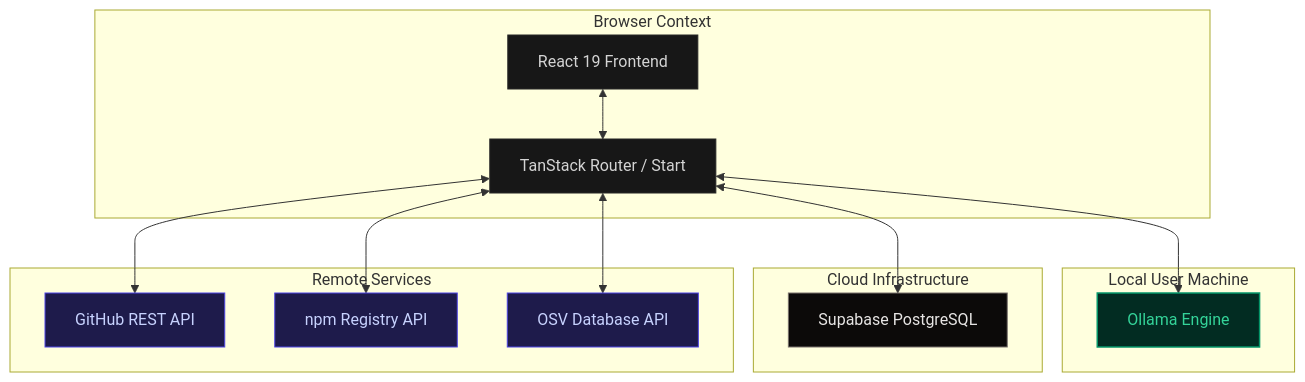
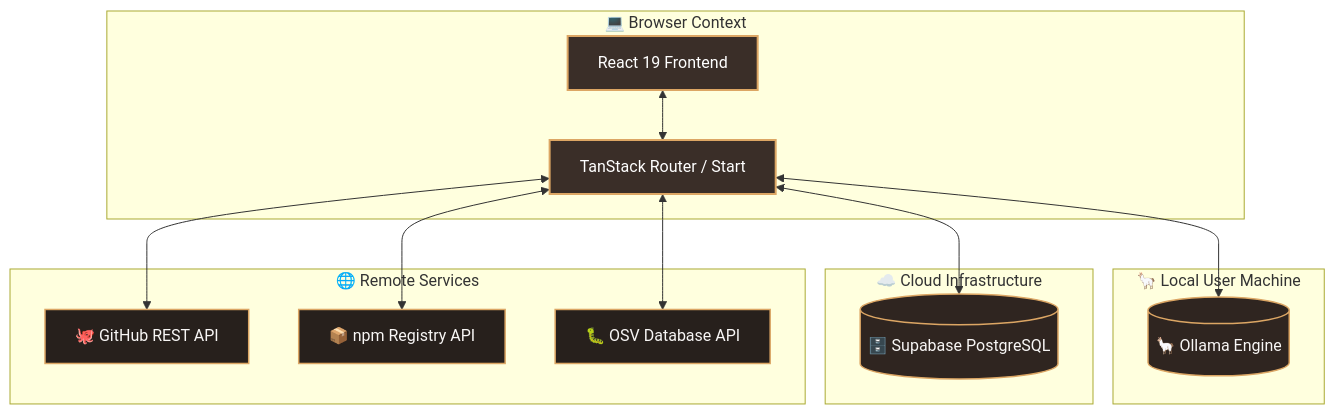
One commit to ritvikindupuri/Ward---MCP-Auditior changed the first of 2 diagrams in docs/TECHNICAL_DOCUMENTATION.md. Above: the diagram before and after it, drawn with Mermaid. The commit also changed other lines of this file and 1 other file, not shown here.

Commit message:
docs: upgrade architecture and agent flow charts to premium gold-tan themed mermaid diagrams

````diff
--- a/docs/TECHNICAL_DOCUMENTATION.md
+++ b/docs/TECHNICAL_DOCUMENTATION.md
@@ -33,33 +33,34 @@
 ```mermaid
 flowchart TD
-    subgraph Browser Context
-        Client[React 19 Frontend]:::default
-        Router[TanStack Router / Start]:::default
+    %% Define style variables matching cozy dark tan / gold theme
+    classDef default fill:#27201c,stroke:#dca664,stroke-width:1.5px,color:#f8f6f5;
+    classDef browser fill:#3a2e28,stroke:#dca664,stroke-width:2px,color:#fff;
+    classDef engine fill:#1f1916,stroke:#e85d04,stroke-width:2px,color:#fffaeb;
+    classDef db fill:#2f2520,stroke:#dca664,stroke-width:1.5px,color:#f8f6f5;
+
+    subgraph BROWSER ["💻 Browser Context"]
+        Client["React 19 Frontend"]:::browser
+        Router["TanStack Router / Start"]:::browser
         Client <--> Router
     end
     
-    subgraph Local User Machine
-        Ollama[Ollama Engine]:::highlight
+    subgraph USER_MACHINE ["🦙 Local User Machine"]
+        Ollama[("🦙 Ollama Engine")]:::db
     end
     
-    subgraph Cloud Infrastructure
-        DB[Supabase PostgreSQL]:::database
+    subgraph CLOUD ["☁️ Cloud Infrastructure"]
+        DB[("🗄️ Supabase PostgreSQL")]:::db
     end
     
-    subgraph Remote Services
-        GitHub[GitHub REST API]:::api
-        npm[npm Registry API]:::api
-        OSV[OSV Database API]:::api
+    subgraph SERVICES ["🌐 Remote Services"]
+        GitHub["🐙 GitHub REST API"]:::default
+        NPM["📦 npm Registry API"]:::default
+        OSV["🐛 OSV Database API"]:::default
     end
     
     Router <--> DB
     Router <--> GitHub
     Router <--> Ollama
-    Router <--> npm
+    Router <--> NPM
     Router <--> OSV
-
-    classDef default fill:#171717,stroke:#262626,stroke-width:1px,color:#d4d4d4;
-    classDef highlight fill:#022c22,stroke:#059669,stroke-width:1.5px,color:#34d399;
-    classDef api fill:#1e1b4b,stroke:#4f46e5,stroke-width:1px,color:#c7d2fe;
-    classDef database fill:#0c0a09,stroke:#78716c,stroke-width:1px,color:#e7e5e4;
 ```
````
